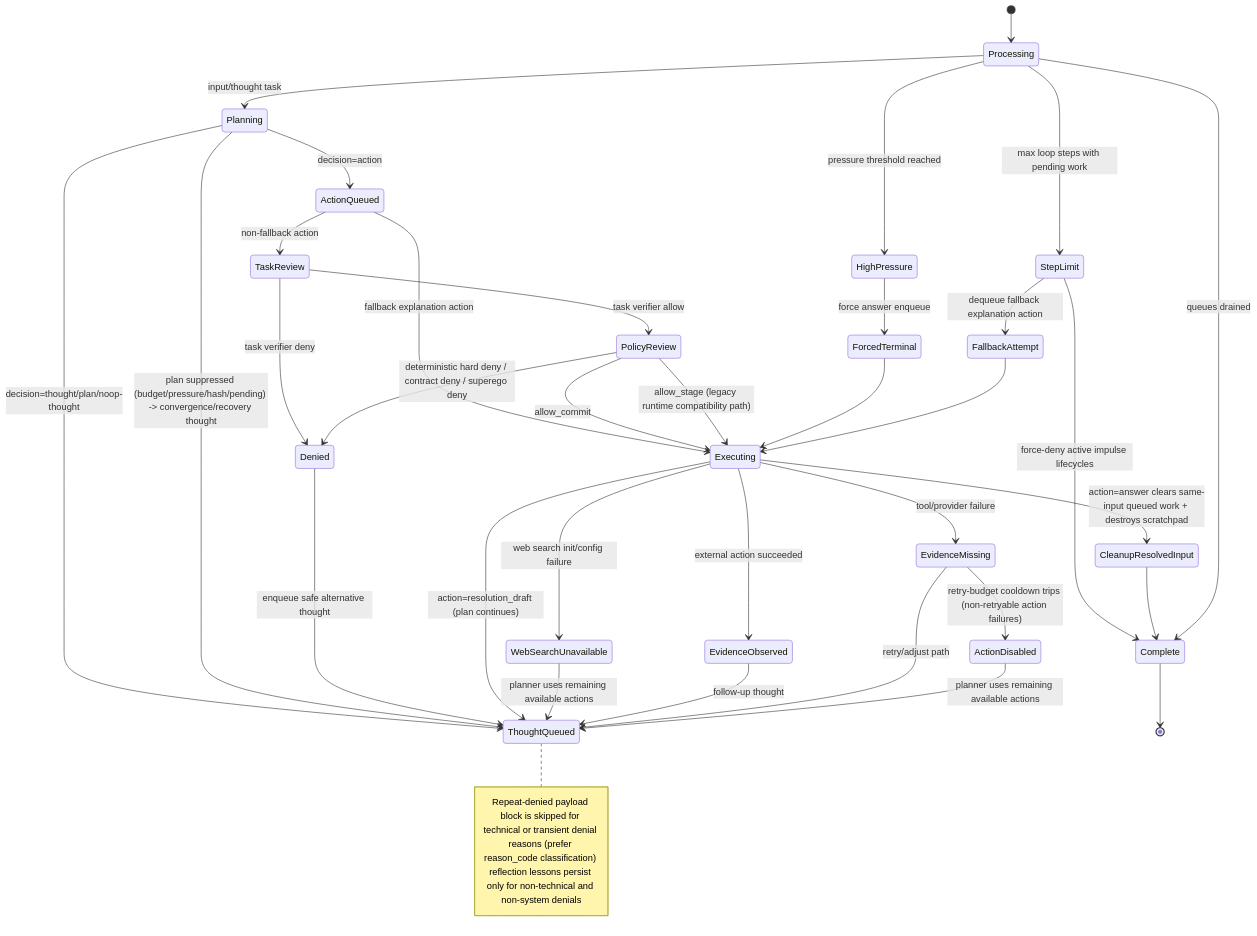
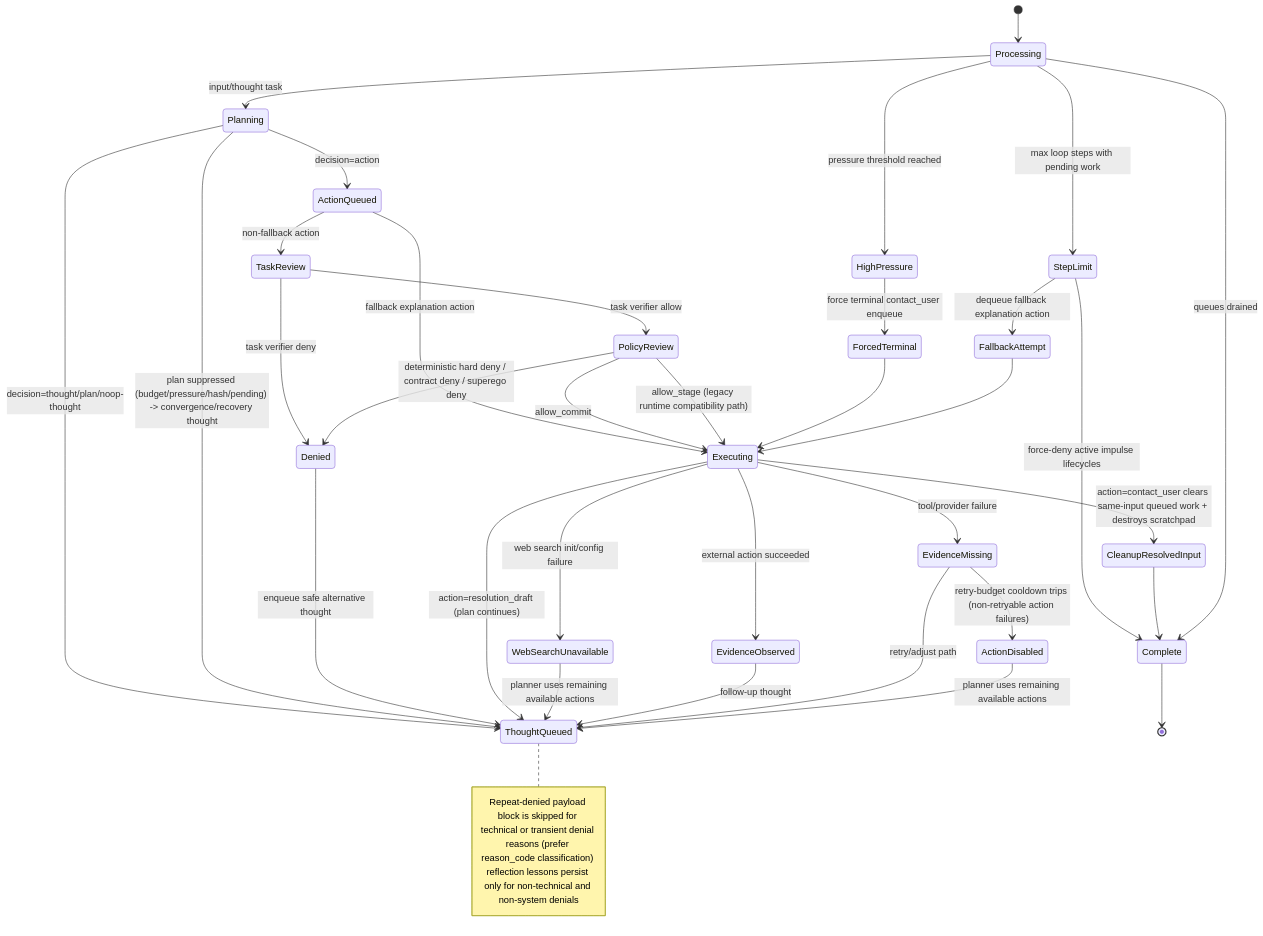
The sixth of 6 diagrams in AGENT_LOGIC_DIAGRAM.md (neopsyke/NeoPsyke), drawn with Mermaid before and after one commit. The commit also changed 43 other files, not shown here.

````diff
--- a/AGENT_LOGIC_DIAGRAM.md
+++ b/AGENT_LOGIC_DIAGRAM.md
@@ -335,44 +335,44 @@
 ```mermaid
 stateDiagram-v2
     [*] --> Processing
 
     Processing --> Planning: input/thought task
     Planning --> ActionQueued: decision=action
     Planning --> ThoughtQueued: decision=thought/plan/noop-thought
     Planning --> ThoughtQueued: plan suppressed (budget/pressure/hash/pending) -> convergence/recovery thought
 
     ActionQueued --> TaskReview: non-fallback action
     ActionQueued --> Executing: fallback explanation action
     TaskReview --> Denied: task verifier deny
 
     TaskReview --> PolicyReview: task verifier allow
     PolicyReview --> Denied: deterministic hard deny / contract deny / superego deny
     Denied --> ThoughtQueued: enqueue safe alternative thought
     Note right of ThoughtQueued: Repeat-denied payload block is skipped for technical or transient denial reasons (prefer reason_code classification) reflection lessons persist only for non-technical and non-system denials
 
     PolicyReview --> Executing: allow_commit
     PolicyReview --> Executing: allow_stage (legacy runtime compatibility path)
     Executing --> ThoughtQueued: action=resolution_draft (plan continues)
     Executing --> EvidenceObserved: external action succeeded
     Executing --> EvidenceMissing: tool/provider failure
     Executing --> WebSearchUnavailable: web search init/config failure
     WebSearchUnavailable --> ThoughtQueued: planner uses remaining available actions
     EvidenceObserved --> ThoughtQueued: follow-up thought
     EvidenceMissing --> ThoughtQueued: retry/adjust path
     EvidenceMissing --> ActionDisabled: retry-budget cooldown trips (non-retryable action failures)
     ActionDisabled --> ThoughtQueued: planner uses remaining available actions
 
     Processing --> HighPressure: pressure threshold reached
-    HighPressure --> ForcedTerminal: force answer enqueue
+    HighPressure --> ForcedTerminal: force terminal contact_user enqueue
     ForcedTerminal --> Executing
 
     Processing --> StepLimit: max loop steps with pending work
     StepLimit --> FallbackAttempt: dequeue fallback explanation action
     StepLimit --> Complete: force-deny active impulse lifecycles
     FallbackAttempt --> Executing
 
-    Executing --> CleanupResolvedInput: action=answer clears same-input queued work + destroys scratchpad
+    Executing --> CleanupResolvedInput: action=contact_user clears same-input queued work + destroys scratchpad
     CleanupResolvedInput --> Complete
     Processing --> Complete: queues drained
     Complete --> [*]
 ```
````
